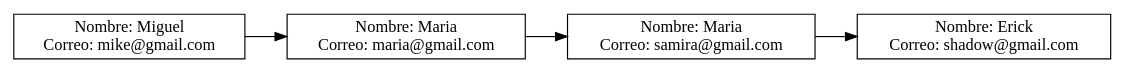
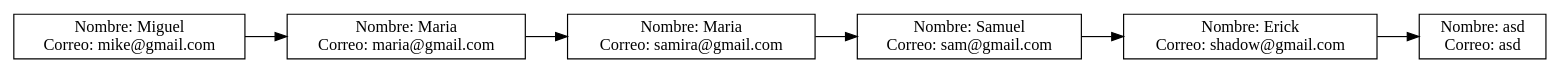
Before and after one commit to Kevin-alvarez1/PROYECTO_MULTIFASES_RED_SOCIAL: the diagram in Fase1/output/usuarios.dot, drawn with Graphviz. The commit also changed 19 other files, not shown here.

```diff
--- a/Fase1/output/usuarios.dot
+++ b/Fase1/output/usuarios.dot
@@ -1,11 +1,15 @@
 digraph G {
 node [shape=record];
 rankdir=LR;
 node0 [label="{Nombre: Miguel\nCorreo: mike@gmail.com}"];
 node0 -> node1;
 node1 [label="{Nombre: Maria\nCorreo: maria@gmail.com}"];
 node1 -> node2;
 node2 [label="{Nombre: Maria\nCorreo: samira@gmail.com}"];
 node2 -> node3;
-node3 [label="{Nombre: Erick\nCorreo: shadow@gmail.com}"];
+node3 [label="{Nombre: Samuel\nCorreo: sam@gmail.com}"];
+node3 -> node4;
+node4 [label="{Nombre: Erick\nCorreo: shadow@gmail.com}"];
+node4 -> node5;
+node5 [label="{Nombre: asd\nCorreo: asd}"];
 }
```
